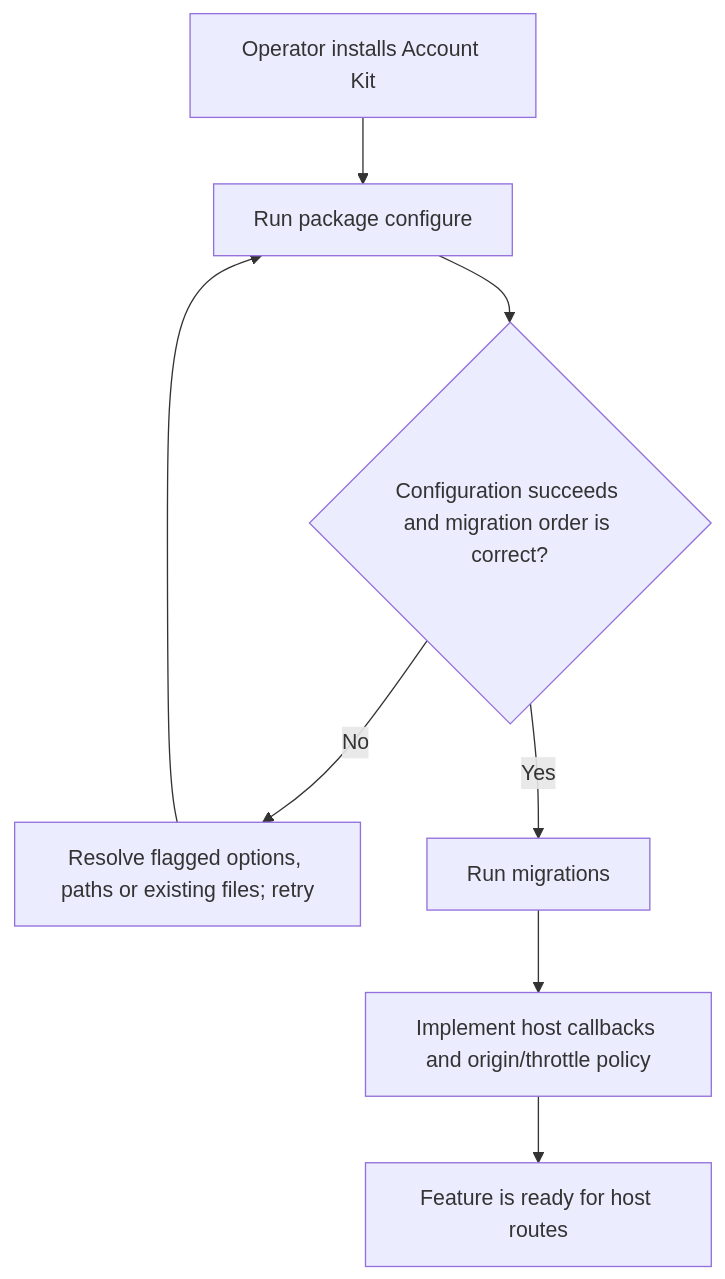
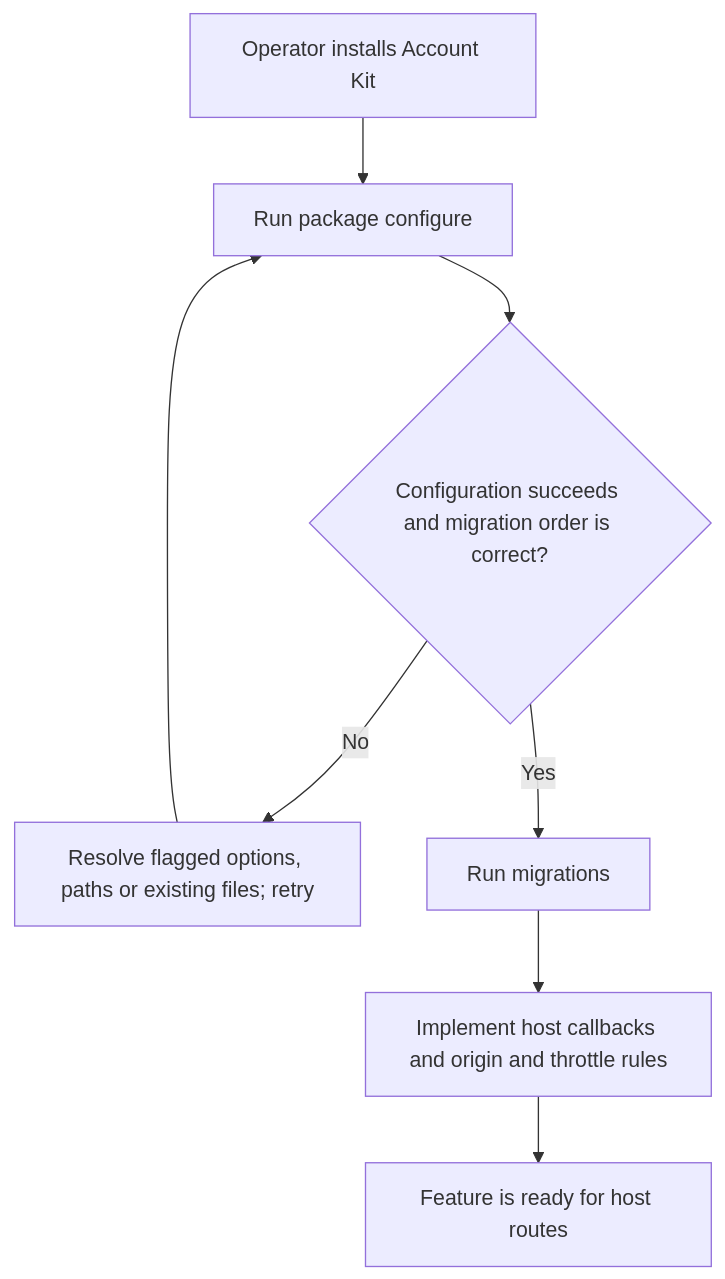
Before and after one commit to Kevinjohn/oss-adonisjs-confirm-action-with-password: the first of 2 diagrams in user-stories/US-CONFIRM-04-configure-confirmations.md, drawn with Mermaid. The commit also changed other lines of this file and 8 other files, not shown here.

````diff
--- a/user-stories/US-CONFIRM-04-configure-confirmations.md
+++ b/user-stories/US-CONFIRM-04-configure-confirmations.md
@@ -43,10 +44,10 @@
 ```mermaid
 flowchart TD
     A["Operator installs Account Kit"] --> B["Run package configure"]
     B --> K{"Configuration succeeds and migration order is correct?"}
     K -->|No| Q["Resolve flagged options, paths or existing files; retry"]
     Q --> B
     K -->|Yes| M["Run migrations"]
-    M --> C["Implement host callbacks and origin/throttle policy"]
+    M --> C["Implement host callbacks and origin and throttle rules"]
     C --> D["Feature is ready for host routes"]
 ```
````
